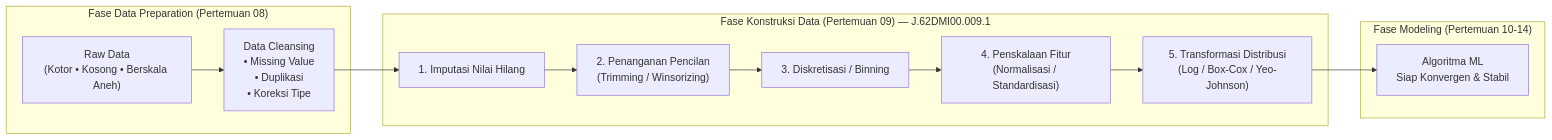
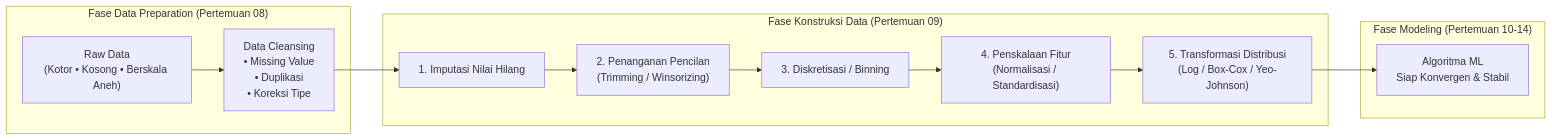
The first of 2 diagrams in content/docs/pertemuan-09.mdx (mahendartea/Learn-AI), drawn with Mermaid before and after one commit. The commit also changed other lines of this file and 31 other files, not shown here.

````diff
--- a/content/docs/pertemuan-09.mdx
+++ b/content/docs/pertemuan-09.mdx
@@ -35,18 +28,18 @@
 ```mermaid
 flowchart LR
     subgraph DataPrep ["Fase Data Preparation (Pertemuan 08)"]
         Raw["Raw Data\n(Kotor • Kosong • Berskala Aneh)"] --> Clean["Data Cleansing\n• Missing Value\n• Duplikasi\n• Koreksi Tipe"]
     end
 
-    subgraph Construction ["Fase Konstruksi Data (Pertemuan 09) — J.62DMI00.009.1"]
+    subgraph Construction ["Fase Konstruksi Data (Pertemuan 09)"]
         Clean --> Imp["1. Imputasi Nilai Hilang"]
         Imp --> Out["2. Penanganan Pencilan\n(Trimming / Winsorizing)"]
         Out --> Bin["3. Diskretisasi / Binning"]
         Bin --> Scale["4. Penskalaan Fitur\n(Normalisasi / Standardisasi)"]
         Scale --> Power["5. Transformasi Distribusi\n(Log / Box-Cox / Yeo-Johnson)"]
     end
 
     subgraph Modeling ["Fase Modeling (Pertemuan 10-14)"]
         Power --> Model["Algoritma ML\nSiap Konvergen & Stabil"]
     end
 ```
````
